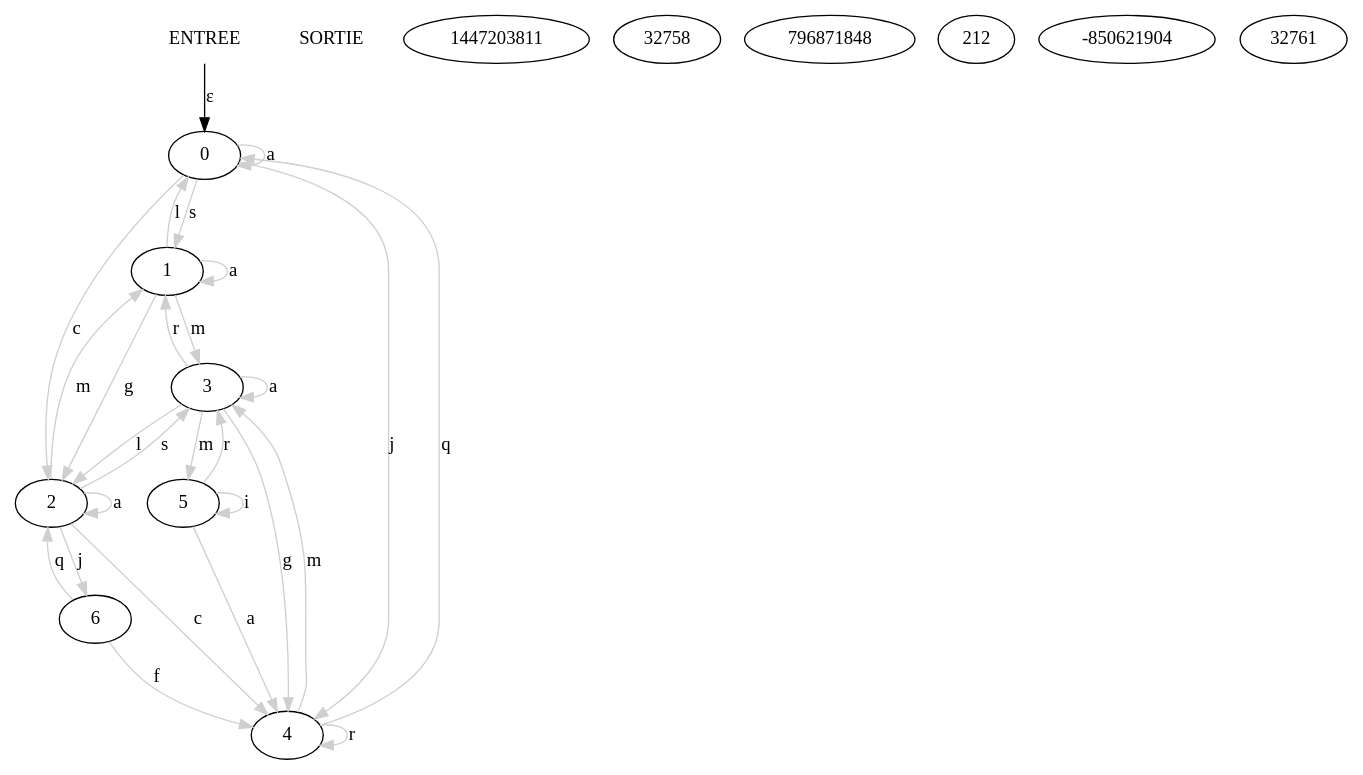
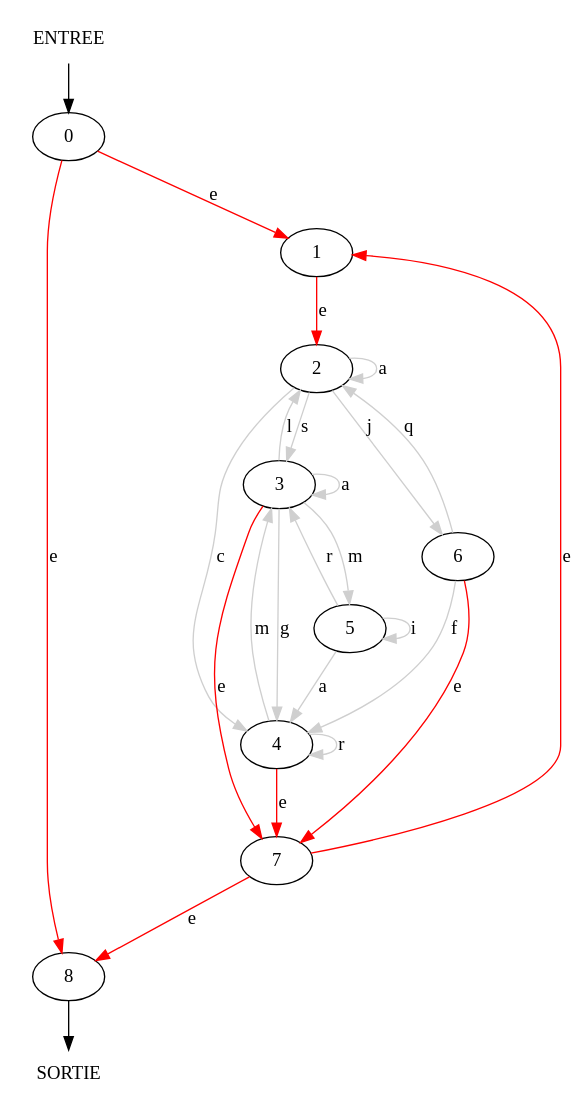
Before and after one commit to Y7T007/PROJECT_THL_GI: the diagram in cmake-build-debug/etoile.dot, drawn with Graphviz. The commit also changed 8 other files, not shown here.

```diff
--- a/cmake-build-debug/etoile.dot
+++ b/cmake-build-debug/etoile.dot
@@ -1,39 +1,37 @@
 digraph test_graph{
 e[ label="ENTREE" shape=none]
 s[ label="SORTIE" shape=none]
 0 [label="0"]
-0 [label="0"]
-0 [label="0"]
-1447203811 [label="1447203811"]
-32758 [label="32758"]
-796871848 [label="796871848"]
-212 [label="212"]
--850621904 [label="-850621904"]
-32761 [label="32761"];
-e -> 0  [label="ɛ" labeldistance=1.5] 
-0 -> 0 [label="a" color=grey81 ] 
-0 -> 1 [label="s" color=grey81 ] 
-0 -> 2 [label="c" color=grey81 ] 
-0 -> 4 [label="j" color=grey81 ] 
-1 -> 0 [label="l" color=grey81 ] 
-1 -> 1 [label="a" color=grey81 ] 
-1 -> 2 [label="g" color=grey81 ] 
-1 -> 3 [label="m" color=grey81 ] 
-2 -> 1 [label="m" color=grey81 ] 
+1 [label="1"]
+2 [label="2"]
+3 [label="3"]
+4 [label="4"]
+5 [label="5"]
+6 [label="6"]
+7 [label="7"]
+8 [label="8"];
+e -> 0  ;
+0 -> 1 [label="e" color=red ] 
+0 -> 8 [label="e" color=red ] 
+1 -> 2 [label="e" color=red ] 
 2 -> 2 [label="a" color=grey81 ] 
 2 -> 3 [label="s" color=grey81 ] 
 2 -> 4 [label="c" color=grey81 ] 
 2 -> 6 [label="j" color=grey81 ] 
-3 -> 1 [label="r" color=grey81 ] 
 3 -> 2 [label="l" color=grey81 ] 
 3 -> 3 [label="a" color=grey81 ] 
 3 -> 4 [label="g" color=grey81 ] 
 3 -> 5 [label="m" color=grey81 ] 
-4 -> 0 [label="q" color=grey81 ] 
+3 -> 7 [label="e" color=red ] 
 4 -> 3 [label="m" color=grey81 ] 
 4 -> 4 [label="r" color=grey81 ] 
+4 -> 7 [label="e" color=red ] 
 5 -> 3 [label="r" color=grey81 ] 
 5 -> 4 [label="a" color=grey81 ] 
 5 -> 5 [label="i" color=grey81 ] 
 6 -> 2 [label="q" color=grey81 ] 
-6 -> 4 [label="f" color=grey81 ] }
+6 -> 4 [label="f" color=grey81 ] 
+6 -> 7 [label="e" color=red ] 
+7 -> 1 [label="e" color=red ] 
+7 -> 8 [label="e" color=red ] 
+8 -> s ;}
```
